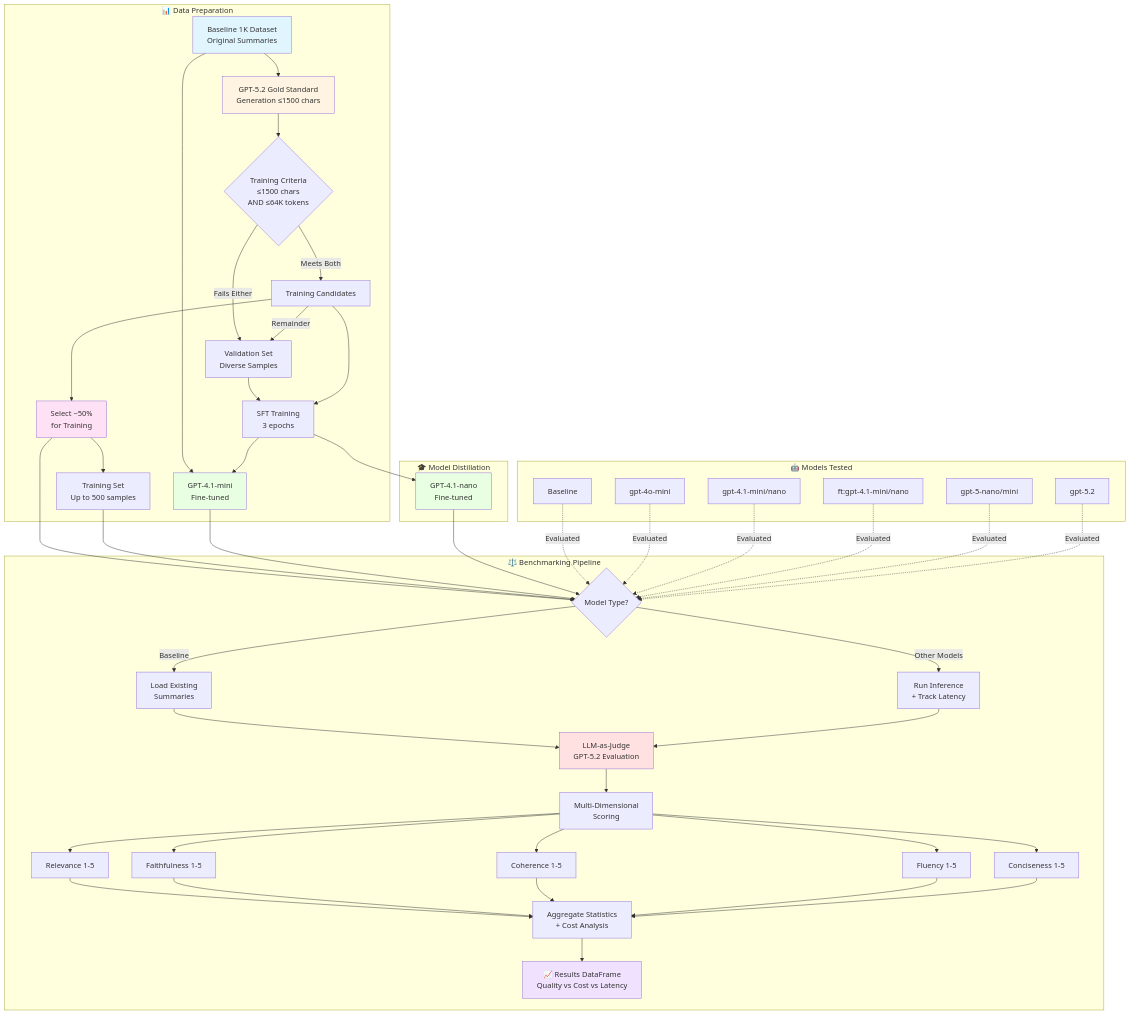
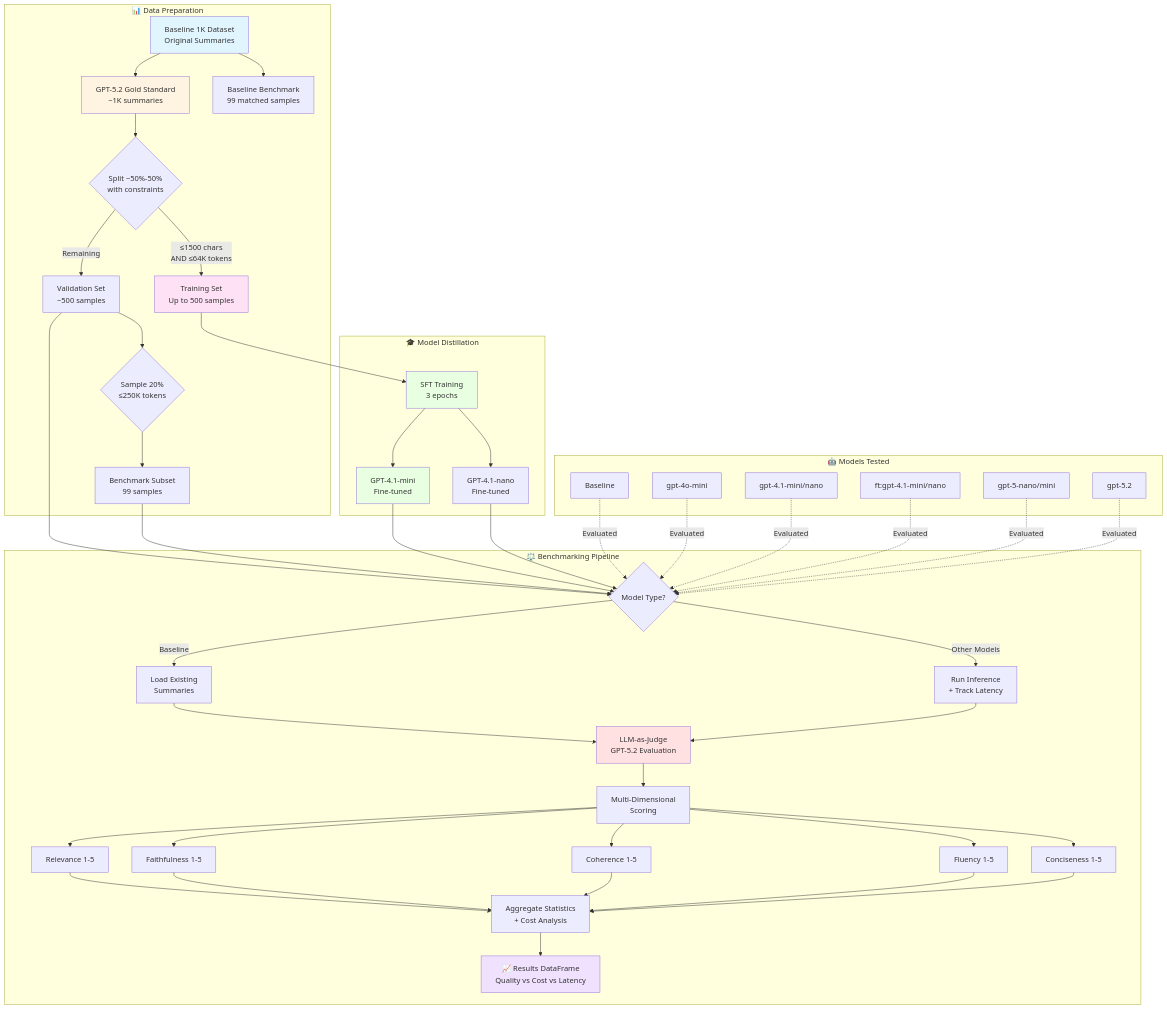
The diagram in README.md (shaharoded/Web-Page-Summarizer), drawn with Mermaid before and after one commit.

Commit message:
fixing scheme

````diff
--- a/README.md
+++ b/README.md
@@ -52,61 +52,59 @@
 ```mermaid
 flowchart TB
     subgraph Data["📊 Data Preparation"]
-        A[Baseline 1K Dataset<br/>Original Summaries] --> B[GPT-5.2 Gold Standard<br/>Generation ≤1500 chars]
-        B --> C{Training Criteria<br/>≤1500 chars<br/>AND ≤64K tokens}
-        C -->|Meets Both| D[Training Candidates]
-        C -->|Fails Either| E[Validation Set<br/>Diverse Samples]
-        D --> F[Select ~50%<br/>for Training]
-        F --> G[Training Set<br/>Up to 500 samples]
-        D -->|Remainder| E
-        E --> H[Benchmark Subset<br/>99 samples 20%]
-        A --> I[Baseline Benchmark<br/>99 matched samples]
+        A[Baseline 1K Dataset<br/>Original Summaries] --> B[GPT-5.2 Gold Standard<br/>~1K summaries]
+        B --> C{Split ~50%-50%<br/>with constraints}
+        C -->|≤1500 chars<br/>AND ≤64K tokens| D[Training Set<br/>Up to 500 samples]
+        C -->|Remaining| E[Validation Set<br/>~500 samples]
+        E --> F{Sample 20%<br/>≤250K tokens}
+        F --> G[Benchmark Subset<br/>99 samples]
+        A --> H[Baseline Benchmark<br/>99 matched samples]
     end
 
     subgraph Train["🎓 Model Distillation"]
-        D --> H[SFT Training<br/>3 epochs]
-        H --> I[GPT-4.1-mini<br/>Fine-tuned]
-        H --> J[GPT-4.1-nano<br/>Fine-tuned]
+        D --> I[SFT Training<br/>3 epochs]
+        I --> J[GPT-4.1-mini<br/>Fine-tuned]
+        I --> K[GPT-4.1-nano<br/>Fine-tuned]
     end
 
     subgraph Eval["⚖️ Benchmarking Pipeline"]
-        F --> K{Model Type?}
-        G --> K
-        K -->|Baseline| L[Load Existing<br/>Summaries]
-        K -->|Other Models| M[Run Inference<br/>+ Track Latency]
+        E --> L{Model Type?}
+        G --> L
+        L -->|Baseline| M[Load Existing<br/>Summaries]
+        L -->|Other Models| N[Run Inference<br/>+ Track Latency]
         
-        L --> N[LLM-as-Judge<br/>GPT-5.2 Evaluation]
-        M --> N
+        M --> O[LLM-as-Judge<br/>GPT-5.2 Evaluation]
+        N --> O
         
-        N --> O[Multi-Dimensional<br/>Scoring]
-        O --> P[Relevance 1-5]
-        O --> Q[Faithfulness 1-5]
-        O --> R[Coherence 1-5]
-        O --> S[Fluency 1-5]
-        O --> T[Conciseness 1-5]
+        O --> P[Multi-Dimensional<br/>Scoring]
+        P --> Q[Relevance 1-5]
+        P --> R[Faithfulness 1-5]
+        P --> S[Coherence 1-5]
+        P --> T[Fluency 1-5]
+        P --> U[Conciseness 1-5]
         
-        P & Q & R & S & T --> U[Aggregate Statistics<br/>+ Cost Analysis]
-        U --> V[📈 Results DataFrame<br/>Quality vs Cost vs Latency]
+        Q & R & S & T & U --> V[Aggregate Statistics<br/>+ Cost Analysis]
+        V --> W[📈 Results DataFrame<br/>Quality vs Cost vs Latency]
     end
 
     subgraph Models["🤖 Models Tested"]
-        W1[Baseline]
-        W2[gpt-4o-mini]
-        W3[gpt-4.1-mini/nano]
-        W4[ft:gpt-4.1-mini/nano]
-        W5[gpt-5-nano/mini]
-        W6[gpt-5.2]
+        X1[Baseline]
+        X2[gpt-4o-mini]
+        X3[gpt-4.1-mini/nano]
+        X4[ft:gpt-4.1-mini/nano]
+        X5[gpt-5-nano/mini]
+        X6[gpt-5.2]
     end
 
-    I --> K
-    J --> K
-    W1 & W2 & W3 & W4 & W5 & W6 -.->|Evaluated| K
+    J --> L
+    K --> L
+    X1 & X2 & X3 & X4 & X5 & X6 -.->|Evaluated| L
 
     style A fill:#e1f5ff
     style B fill:#fff4e1
-    style F fill:#ffe1f5
+    style D fill:#ffe1f5
     style I fill:#e8ffe1
     style J fill:#e8ffe1
-    style N fill:#ffe1e1
-    style V fill:#f0e1ff
+    style O fill:#ffe1e1
+    style W fill:#f0e1ff
 ```
````
